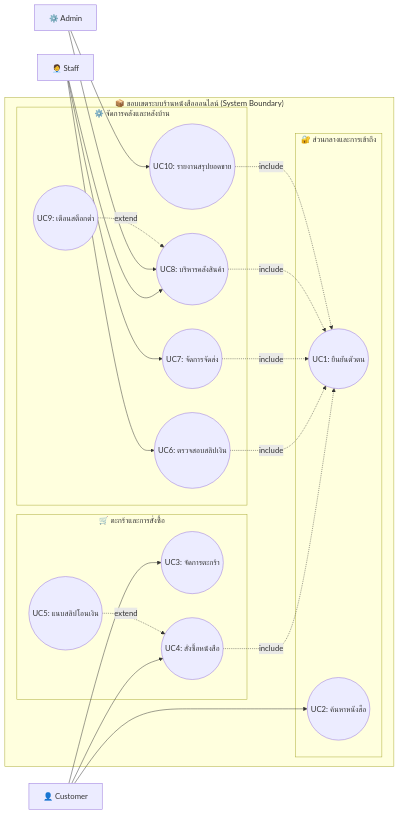
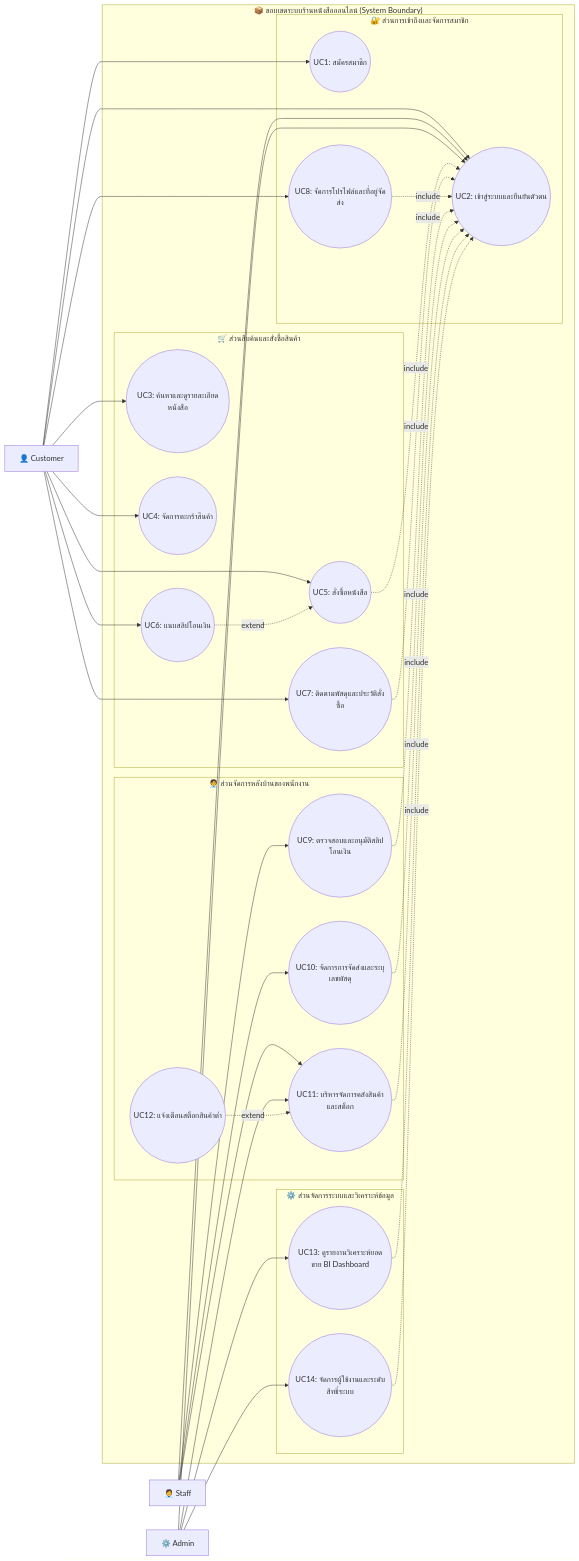
Before and after one commit to SupvichSpuGM/online-bookstore: the first of 13 diagrams in Diagram.md, drawn with Mermaid. The commit also changed other lines of this file and 3 other files, not shown here.

Commit message:
แก้ไข diagram#1

````diff
--- a/Diagram.md
+++ b/Diagram.md
@@ -10,42 +10,61 @@
 ```mermaid
 graph LR
     Customer["👤 Customer"]
     Staff["🧑‍💼 Staff"]
     Admin["⚙️ Admin"]
 
     subgraph System ["📦 ขอบเขตระบบร้านหนังสือออนไลน์ (System Boundary)"]
-        subgraph G1 ["🔐 ส่วนกลางและการเข้าถึง"]
-            UC_Auth((UC1: ยืนยันตัวตน))
-            UC_Search((UC2: ค้นหาหนังสือ))
+        subgraph G1 ["🔐 ส่วนการเข้าถึงและจัดการสมาชิก"]
+            UC_Register((UC1: สมัครสมาชิก))
+            UC_Auth((UC2: เข้าสู่ระบบและยืนยันตัวตน))
+            UC_Profile((UC8: จัดการโปรไฟล์และที่อยู่จัดส่ง))
         end
-        subgraph G2 ["🛒 ตะกร้าและการสั่งซื้อ"]
-            UC_Cart((UC3: จัดการตะกร้า))
-            UC_Checkout((UC4: สั่งซื้อหนังสือ))
-            UC_UploadSlip((UC5: แนบสลิปโอนเงิน))
+        subgraph G2 ["🛒 ส่วนสืบค้นและสั่งซื้อสินค้า"]
+            UC_Search((UC3: ค้นหาและดูรายละเอียดหนังสือ))
+            UC_Cart((UC4: จัดการตะกร้าสินค้า))
+            UC_Checkout((UC5: สั่งซื้อหนังสือ))
+            UC_UploadSlip((UC6: แนบสลิปโอนเงิน))
+            UC_OrderHistory((UC7: ติดตามพัสดุและประวัติสั่งซื้อ))
         end
-        subgraph G3 ["⚙️ จัดการคลังและหลังบ้าน"]
-            UC_VerifySlip((UC6: ตรวจสอบสลิปเงิน))
-            UC_ShipOrder((UC7: จัดการจัดส่ง))
-            UC_ManageCatalog((UC8: บริหารคลังสินค้า))
-            UC_StockAlert((UC9: เตือนสต็อกต่ำ))
-            UC_Dashboard((UC10: รายงานสรุปยอดขาย))
+        subgraph G3 ["🧑‍💼 ส่วนจัดการหลังบ้านของพนักงาน"]
+            UC_VerifySlip((UC9: ตรวจสอบและอนุมัติสลิปโอนเงิน))
+            UC_ShipOrder((UC10: จัดการการจัดส่งและระบุเลขพัสดุ))
+            UC_ManageCatalog((UC11: บริหารจัดการคลังสินค้าและสต็อก))
+            UC_StockAlert((UC12: แจ้งเตือนสต็อกสินค้าต่ำ))
+        end
+        subgraph G4 ["⚙️ ส่วนจัดการระบบและวิเคราะห์ข้อมูล"]
+            UC_Dashboard((UC13: ดูรายงานวิเคราะห์ยอดขาย BI Dashboard))
+            UC_ManageUsers((UC14: จัดการผู้ใช้งานและระดับสิทธิ์ระบบ))
         end
     end
 
+    Customer --> UC_Register
+    Customer --> UC_Auth
     Customer --> UC_Search
     Customer --> UC_Cart
     Customer --> UC_Checkout
+    Customer --> UC_UploadSlip
+    Customer --> UC_OrderHistory
+    Customer --> UC_Profile
+
+    Staff --> UC_Auth
     Staff --> UC_VerifySlip
     Staff --> UC_ShipOrder
     Staff --> UC_ManageCatalog
+
+    Admin --> UC_Auth
     Admin --> UC_ManageCatalog
     Admin --> UC_Dashboard
+    Admin --> UC_ManageUsers
 
     UC_Checkout -.->|include| UC_Auth
+    UC_OrderHistory -.->|include| UC_Auth
+    UC_Profile -.->|include| UC_Auth
     UC_VerifySlip -.->|include| UC_Auth
     UC_ShipOrder -.->|include| UC_Auth
     UC_ManageCatalog -.->|include| UC_Auth
     UC_Dashboard -.->|include| UC_Auth
+    UC_ManageUsers -.->|include| UC_Auth
     UC_UploadSlip -.->|extend| UC_Checkout
     UC_StockAlert -.->|extend| UC_ManageCatalog
 ```
````
